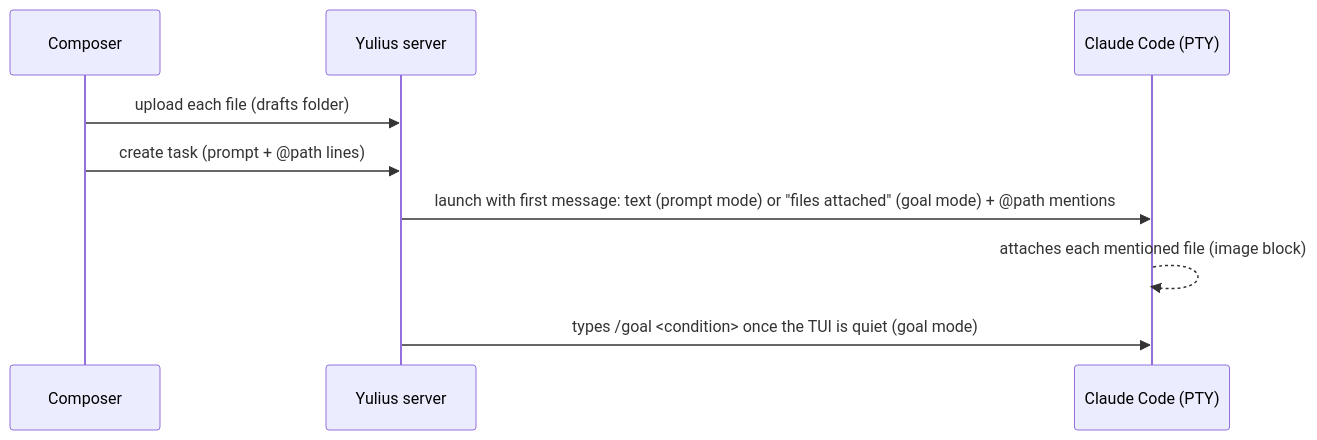
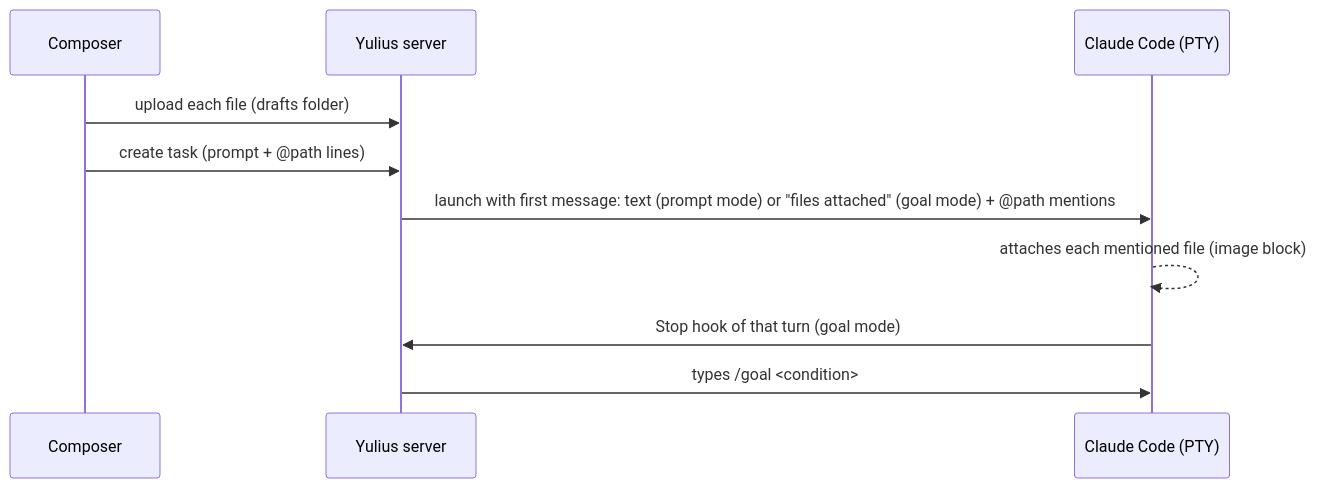
The second of 3 diagrams in docs/architecture.md (Quartio-Studio/yulius), drawn with Mermaid before and after one commit. The commit also changed 1 other file, not shown here.

Commit message:
docs: decision 0019 and architecture follow the review fixes

````diff
--- a/docs/architecture.md
+++ b/docs/architecture.md
@@ -68,11 +68,12 @@
 ```mermaid
 sequenceDiagram
     participant UI as Composer
     participant S as Yulius server
     participant C as Claude Code (PTY)
     UI->>S: upload each file (drafts folder)
     UI->>S: create task (prompt + @path lines)
     S->>C: launch with first message: text (prompt mode) or "files attached" (goal mode) + @path mentions
     C-->>C: attaches each mentioned file (image block)
-    S->>C: types /goal <condition> once the TUI is quiet (goal mode)
+    C->>S: Stop hook of that turn (goal mode)
+    S->>C: types /goal <condition>
 ```
````
